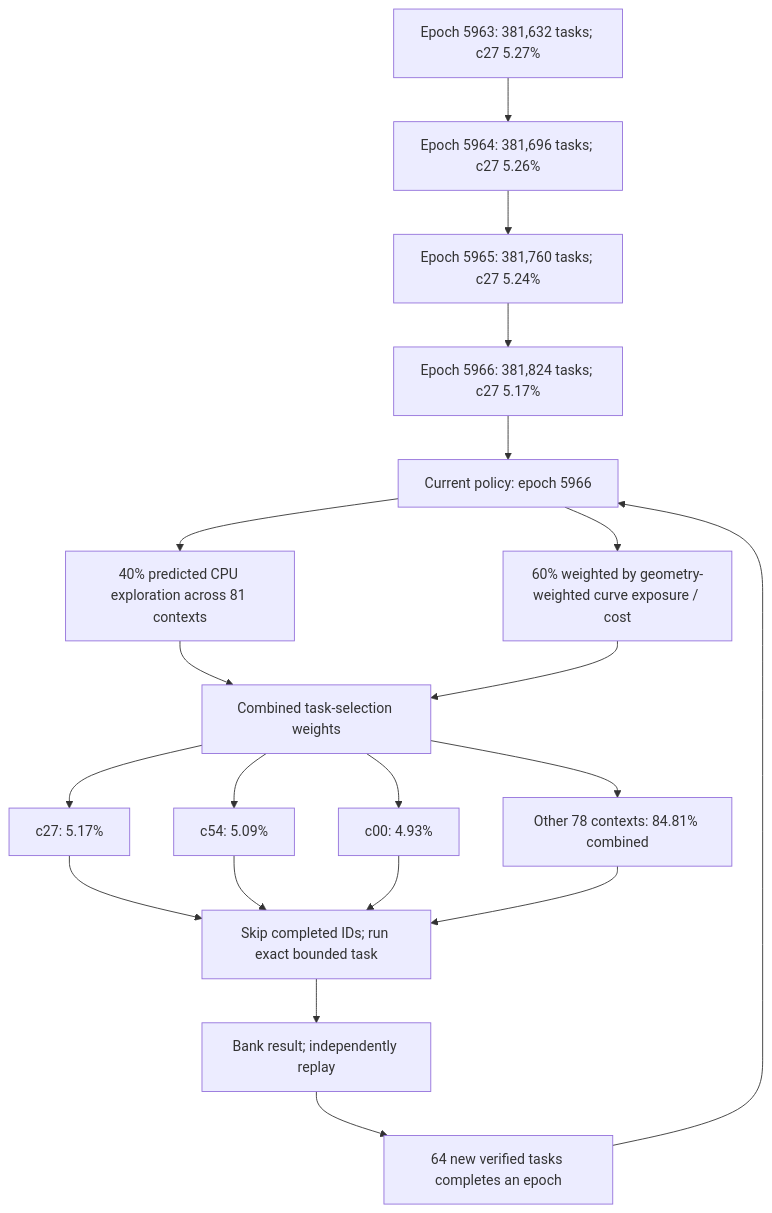
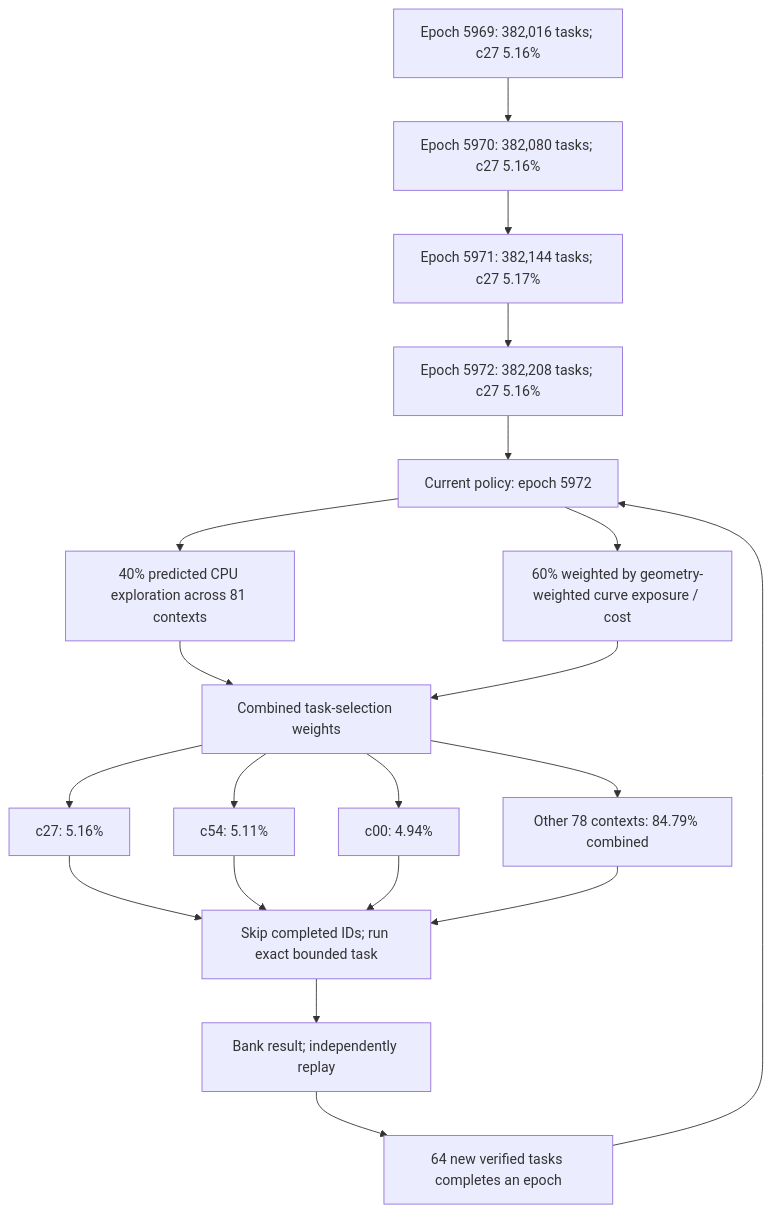
The first of 3 diagrams in README.md (Kuberwastaken/math-gambling), drawn with Mermaid before and after one commit. The commit also changed other lines of this file and 3408 other files, not shown here.

````diff
--- a/README.md
+++ b/README.md
@@ -60,27 +60,27 @@
 ```mermaid
 flowchart TD
-    H0["Epoch 5963: 381,632 tasks; c27 5.27%"]
-    H1["Epoch 5964: 381,696 tasks; c27 5.26%"]
+    H0["Epoch 5969: 382,016 tasks; c27 5.16%"]
+    H1["Epoch 5970: 382,080 tasks; c27 5.16%"]
     H0 --> H1
-    H2["Epoch 5965: 381,760 tasks; c27 5.24%"]
+    H2["Epoch 5971: 382,144 tasks; c27 5.17%"]
     H1 --> H2
-    H3["Epoch 5966: 381,824 tasks; c27 5.17%"]
+    H3["Epoch 5972: 382,208 tasks; c27 5.16%"]
     H2 --> H3
-    Policy["Current policy: epoch 5966"]
+    Policy["Current policy: epoch 5972"]
     H3 --> Policy
     Policy --> Explore["40% predicted CPU exploration across 81 contexts"]
     Policy --> Cost["60% weighted by geometry-weighted curve exposure / cost"]
     Explore --> Mix["Combined task-selection weights"]
     Cost --> Mix
-    Mix --> C0["c27: 5.17%"]
-    Mix --> C1["c54: 5.09%"]
-    Mix --> C2["c00: 4.93%"]
-    Mix --> Rest["Other 78 contexts: 84.81% combined"]
+    Mix --> C0["c27: 5.16%"]
+    Mix --> C1["c54: 5.11%"]
+    Mix --> C2["c00: 4.94%"]
+    Mix --> Rest["Other 78 contexts: 84.79% combined"]
     C0 --> Check["Skip completed IDs; run exact bounded task"]
     C1 --> Check
     C2 --> Check
     Rest --> Check
     Check --> Replay["Bank result; independently replay"]
     Replay --> Gate["64 new verified tasks completes an epoch"]
     Gate --> Policy
 ```
````
